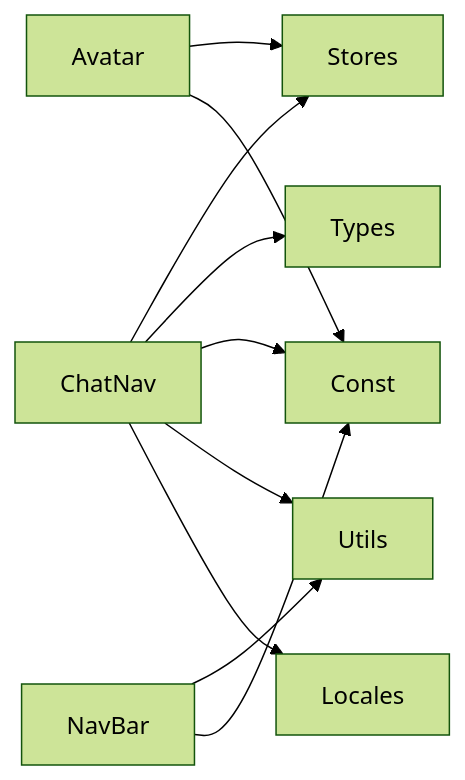
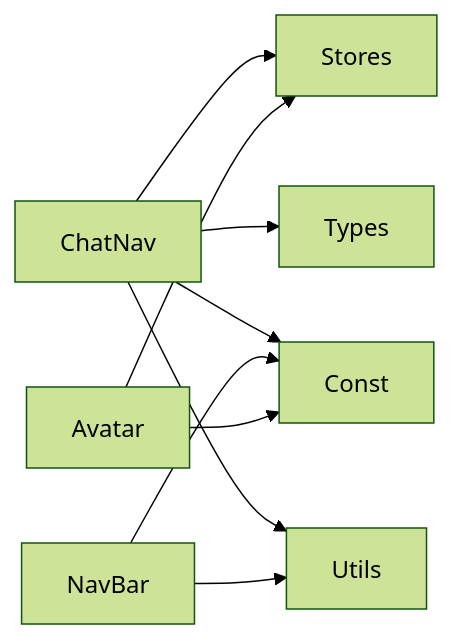
Before and after one commit to Easemob-Community/easemob-uikit-uniapp-community: the sixth of 7 diagrams in .qoder/repowiki/zh/content/聊天模块/聊天导航组件.md, drawn with Mermaid (forest theme). The commit also changed other lines of this file and 11 other files, not shown here.

````diff
--- a/.qoder/repowiki/zh/content/聊天模块/聊天导航组件.md
+++ b/.qoder/repowiki/zh/content/聊天模块/聊天导航组件.md
@@ -339,12 +319,11 @@
 ```mermaid
 graph LR
 ChatNav --> Stores
 ChatNav --> Types
 ChatNav --> Const
 ChatNav --> Utils
 NavBar --> Utils
 NavBar --> Const
 Avatar --> Stores
 Avatar --> Const
-ChatNav --> Locales
 ```
````
